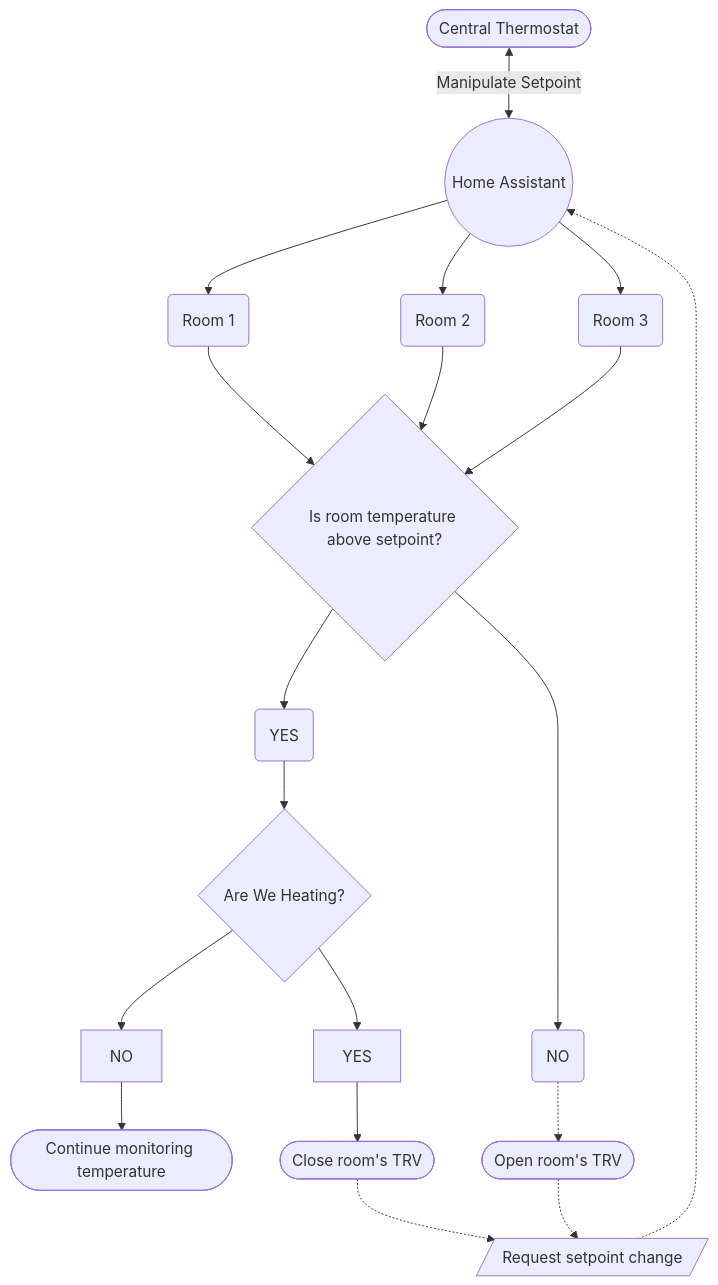
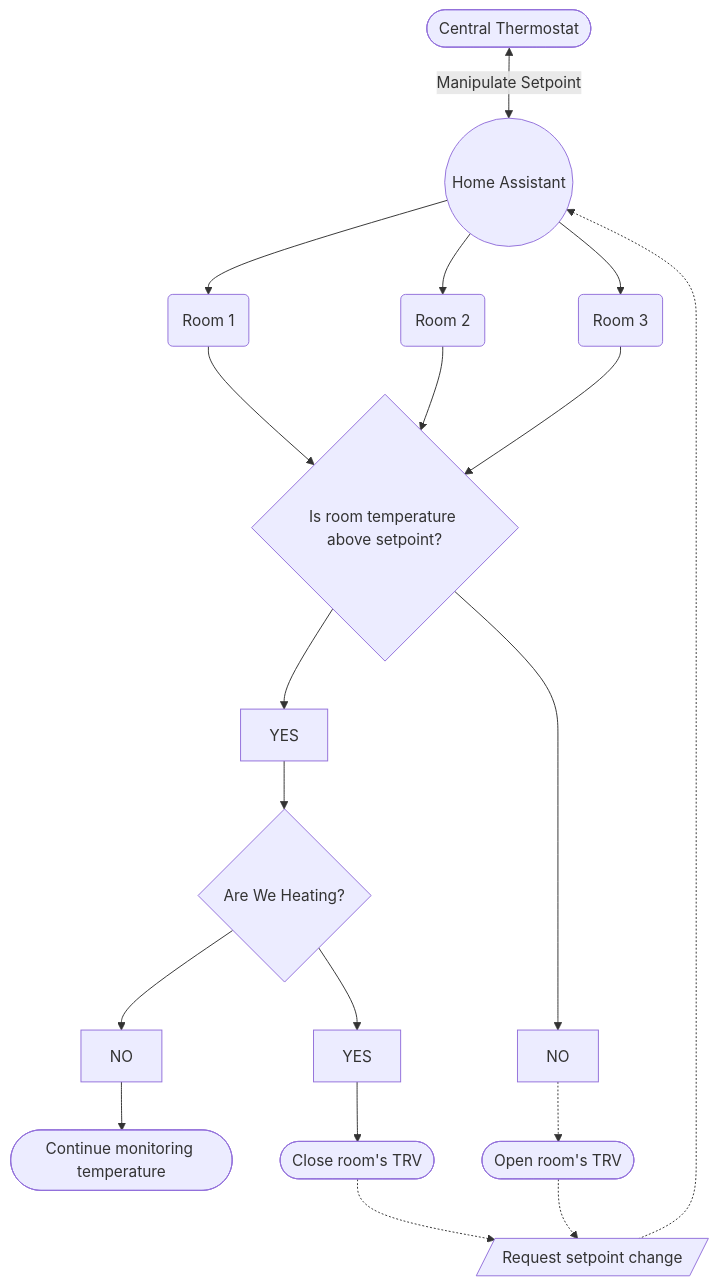
One commit to mwood77/ha-trv-zone-heating changed the diagram in README.md. Above: the diagram before and after it, drawn with Mermaid.

Commit message:
add mermaid diagram

````diff
--- a/README.md
+++ b/README.md
@@ -27,37 +27,37 @@
 ```mermaid
 flowchart TD
-    A@{ shape: stadium, label: "Central Thermostat"} <-->|Manipulate Setpoint| B((Home Assistant))
+    A([Central Thermostat]) <-->|Manipulate Setpoint| B((Home Assistant));
 
-    B --> C(Room 1)
-    B --> D(Room 2)
-    B --> E(Room 3)
+    B --> C(Room 1);
+    B --> D(Room 2);
+    B --> E(Room 3);
 
-    F{Is room temperature above setpoint?}
-    G@{ shape: stadium, label: "Continue monitoring temperature" }
-    H@{ shape: rounded, label: "YES" }
-    I@{ shape: rounded, label: "NO" }
-    J@{ shape: stadium, label: "Open room's TRV" }
-    K@{ shape: lean-r, label: "Request setpoint change" }
-    L{Are We Heating?}
+    F{Is room temperature above setpoint?};
+    G([Continue monitoring temperature]);
+    H[YES];
+    I[NO];
+    J([Open room's TRV]);
+    K[/Request setpoint change/];
+    L{Are We Heating?};
     
     %% Room 1 is at temperature
-    C --> F
+    C --> F;
     
     %% Room 2 is at temperature
-    D --> F
+    D --> F;
     
     %% Room 3 asks for heat
-    E --> F
+    E --> F;
     
     %% Do Nothing
-    F --> H
-    H --> L
-    L --> M[YES] --> N@{ shape: stadium, label: "Close room's TRV" } .-> K
-    L --> O[NO] --> G
+    F --> H;
+    H --> L;
+    L --> M[YES] --> N([Close room's TRV]) .-> K;
+    L --> O[NO] --> G;
     
     %% Call for heat
-    F --> I
-    I .-> J
-    J .-> K
-    K .-> B
+    F --> I;
+    I .-> J;
+    J .-> K;
+    K .-> B;
 ```
````
